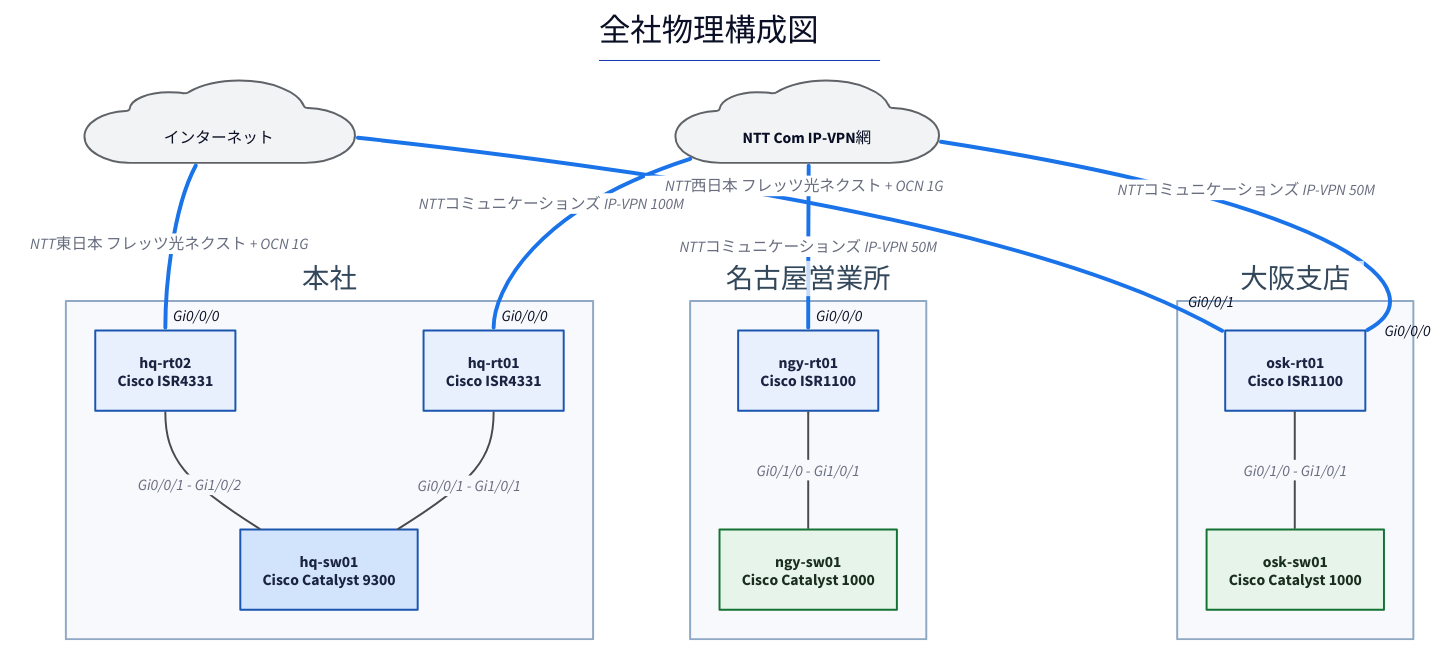
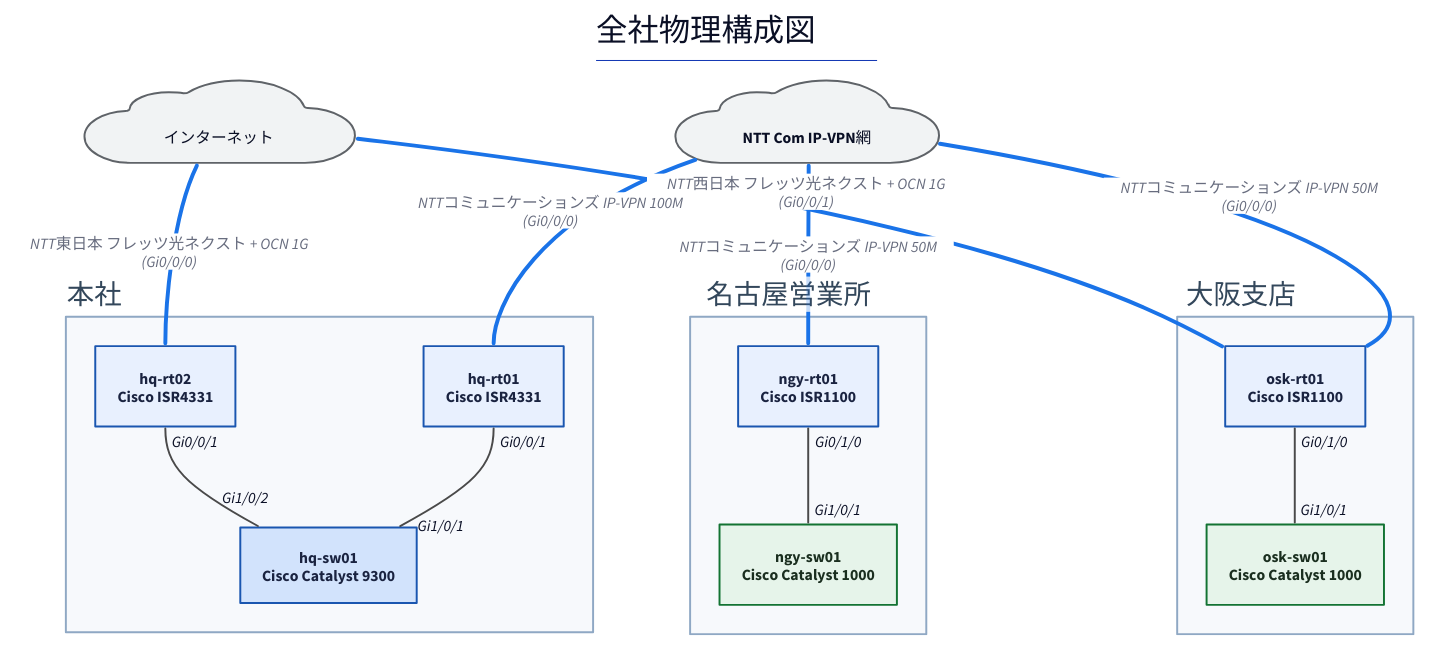
Before and after one commit to thinas1115/nwdsl: the diagram in examples/sample-corp/generated/physical-all.d2, drawn with D2. The commit also changed 27 other files, not shown here.

First line of the commit message:
fix: 構成図のラベル衝突を根絶 (タイトル退避・IFラベル分散・ノード幅自動拡張)

```diff
--- a/examples/sample-corp/generated/physical-all.d2
+++ b/examples/sample-corp/generated/physical-all.d2
@@ -1,52 +1,55 @@
 title: |md
   # 全社物理構成図
 | {near: top-center}
 direction: down
 
 classes: {
   role-router: {style.fill: "#e8f0fe"; style.stroke: "#1a56b0"; style.font-color: "#1a2340"}
   role-l3switch: {style.fill: "#d2e3fc"; style.stroke: "#1a56b0"; style.font-color: "#1a2340"}
   role-l2switch: {style.fill: "#e6f4ea"; style.stroke: "#137333"; style.font-color: "#1a2e1f"}
   role-firewall: {style.fill: "#fce8e6"; style.stroke: "#c5221f"; style.font-color: "#3c1a19"}
   role-other: {style.fill: "#f1f3f4"; style.stroke: "#5f6368"; style.font-color: "#202124"}
   node-cloud: {shape: cloud; style.fill: "#f1f3f4"; style.stroke: "#5f6368"}
   node-site: {style.fill: "#fff8e1"; style.stroke: "#b58105"; style.font-color: "#4a3a08"}
   node-external: {style.fill: "#ffffff"; style.stroke: "#9aa0a6"; style.stroke-dash: 3}
   group-site: {style.fill: "#f7f9fc"; style.stroke: "#8fa8c4"; style.font-color: "#33475b"}
   edge-lan-cable: {style.stroke: "#4a4a4a"; style.stroke-width: 2}
   edge-wan-circuit: {style.stroke: "#1a73e8"; style.stroke-width: 4}
   edge-tunnel: {style.stroke: "#7b1fa2"; style.stroke-width: 2; style.stroke-dash: 5}
   edge-logical: {style.stroke: "#188038"; style.stroke-width: 2; style.stroke-dash: 3}
 }
 
 s_hq: "本社" {
   class: group-site
+  label.near: outside-top-left
   n_hq_rt01: "hq-rt01\nCisco ISR4331" {class: role-router}
-  n_hq_sw01: "hq-sw01\nCisco Catalyst 9300" {class: role-l3switch}
+  n_hq_sw01: "hq-sw01\nCisco Catalyst 9300" {class: role-l3switch; width: 180}
   n_hq_rt02: "hq-rt02\nCisco ISR4331" {class: role-router}
 }
 
 s_osk: "大阪支店" {
   class: group-site
+  label.near: outside-top-left
   n_osk_rt01: "osk-rt01\nCisco ISR1100" {class: role-router}
   n_osk_sw01: "osk-sw01\nCisco Catalyst 1000" {class: role-l2switch}
 }
 
 s_ngy: "名古屋営業所" {
   class: group-site
+  label.near: outside-top-left
   n_ngy_rt01: "ngy-rt01\nCisco ISR1100" {class: role-router}
   n_ngy_sw01: "ngy-sw01\nCisco Catalyst 1000" {class: role-l2switch}
 }
 
 n_ipvpn: "　NTT Com IP-VPN網　" {class: node-cloud}
 n_internet: "　インターネット　" {class: node-cloud}
 
-s_hq.n_hq_rt01 -- s_hq.n_hq_sw01: "Gi0/0/1 - Gi1/0/1" {class: edge-lan-cable}
-s_hq.n_hq_rt02 -- s_hq.n_hq_sw01: "Gi0/0/1 - Gi1/0/2" {class: edge-lan-cable}
-s_osk.n_osk_rt01 -- s_osk.n_osk_sw01: "Gi0/1/0 - Gi1/0/1" {class: edge-lan-cable}
-s_ngy.n_ngy_rt01 -- s_ngy.n_ngy_sw01: "Gi0/1/0 - Gi1/0/1" {class: edge-lan-cable}
-n_ipvpn -- s_hq.n_hq_rt01: "NTTコミュニケーションズ IP-VPN 100M" {class: edge-wan-circuit; target-arrowhead.label: "Gi0/0/0"}
-n_ipvpn -- s_osk.n_osk_rt01: "NTTコミュニケーションズ IP-VPN 50M" {class: edge-wan-circuit; target-arrowhead.label: "Gi0/0/0"}
-n_ipvpn -- s_ngy.n_ngy_rt01: "NTTコミュニケーションズ IP-VPN 50M" {class: edge-wan-circuit; target-arrowhead.label: "Gi0/0/0"}
-n_internet -- s_hq.n_hq_rt02: "NTT東日本 フレッツ光ネクスト + OCN 1G" {class: edge-wan-circuit; target-arrowhead.label: "Gi0/0/0"}
-n_internet -- s_osk.n_osk_rt01: "NTT西日本 フレッツ光ネクスト + OCN 1G" {class: edge-wan-circuit; target-arrowhead.label: "Gi0/0/1"}
+s_hq.n_hq_rt01 -- s_hq.n_hq_sw01 {class: edge-lan-cable; source-arrowhead.label: "Gi0/0/1"; target-arrowhead.label: "Gi1/0/1"}
+s_hq.n_hq_rt02 -- s_hq.n_hq_sw01 {class: edge-lan-cable; source-arrowhead.label: "Gi0/0/1"; target-arrowhead.label: "Gi1/0/2"}
+s_osk.n_osk_rt01 -- s_osk.n_osk_sw01 {class: edge-lan-cable; source-arrowhead.label: "Gi0/1/0"; target-arrowhead.label: "Gi1/0/1"}
+s_ngy.n_ngy_rt01 -- s_ngy.n_ngy_sw01 {class: edge-lan-cable; source-arrowhead.label: "Gi0/1/0"; target-arrowhead.label: "Gi1/0/1"}
+n_ipvpn -- s_hq.n_hq_rt01: "NTTコミュニケーションズ IP-VPN 100M\n(Gi0/0/0)" {class: edge-wan-circuit}
+n_ipvpn -- s_osk.n_osk_rt01: "NTTコミュニケーションズ IP-VPN 50M\n(Gi0/0/0)" {class: edge-wan-circuit}
+n_ipvpn -- s_ngy.n_ngy_rt01: "NTTコミュニケーションズ IP-VPN 50M\n(Gi0/0/0)" {class: edge-wan-circuit}
+n_internet -- s_hq.n_hq_rt02: "NTT東日本 フレッツ光ネクスト + OCN 1G\n(Gi0/0/0)" {class: edge-wan-circuit}
+n_internet -- s_osk.n_osk_rt01: "NTT西日本 フレッツ光ネクスト + OCN 1G\n(Gi0/0/1)" {class: edge-wan-circuit}
```
